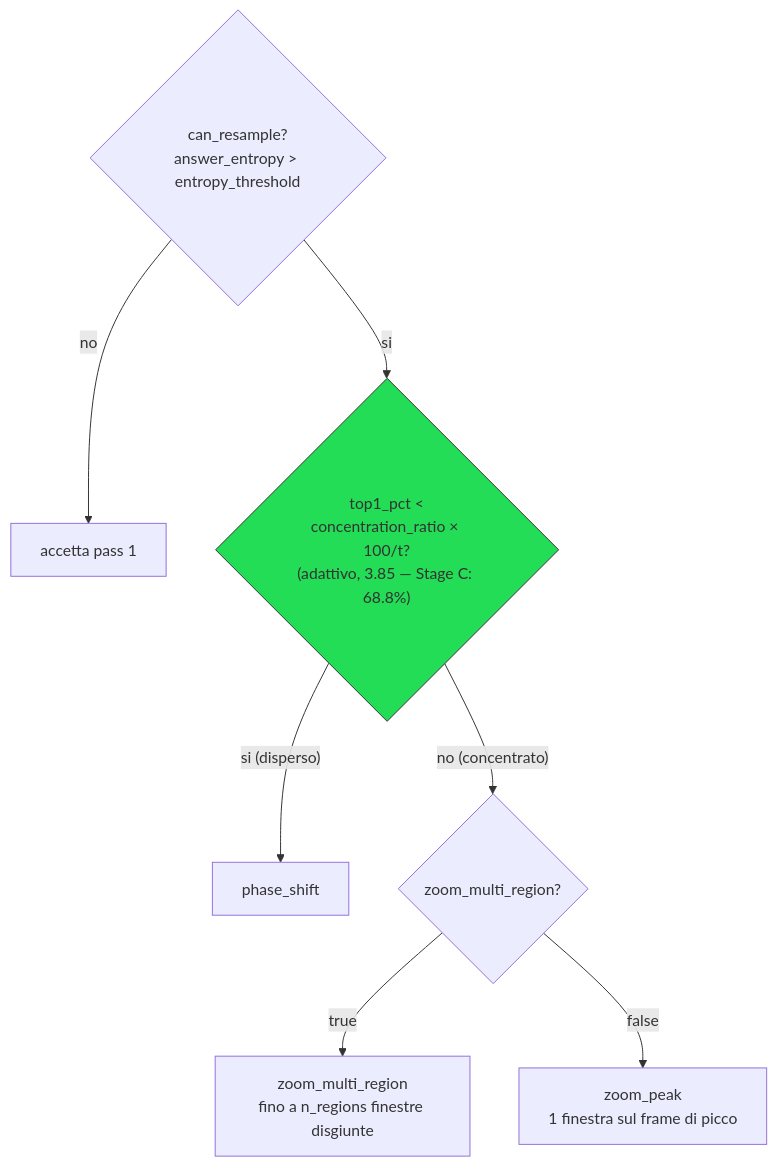
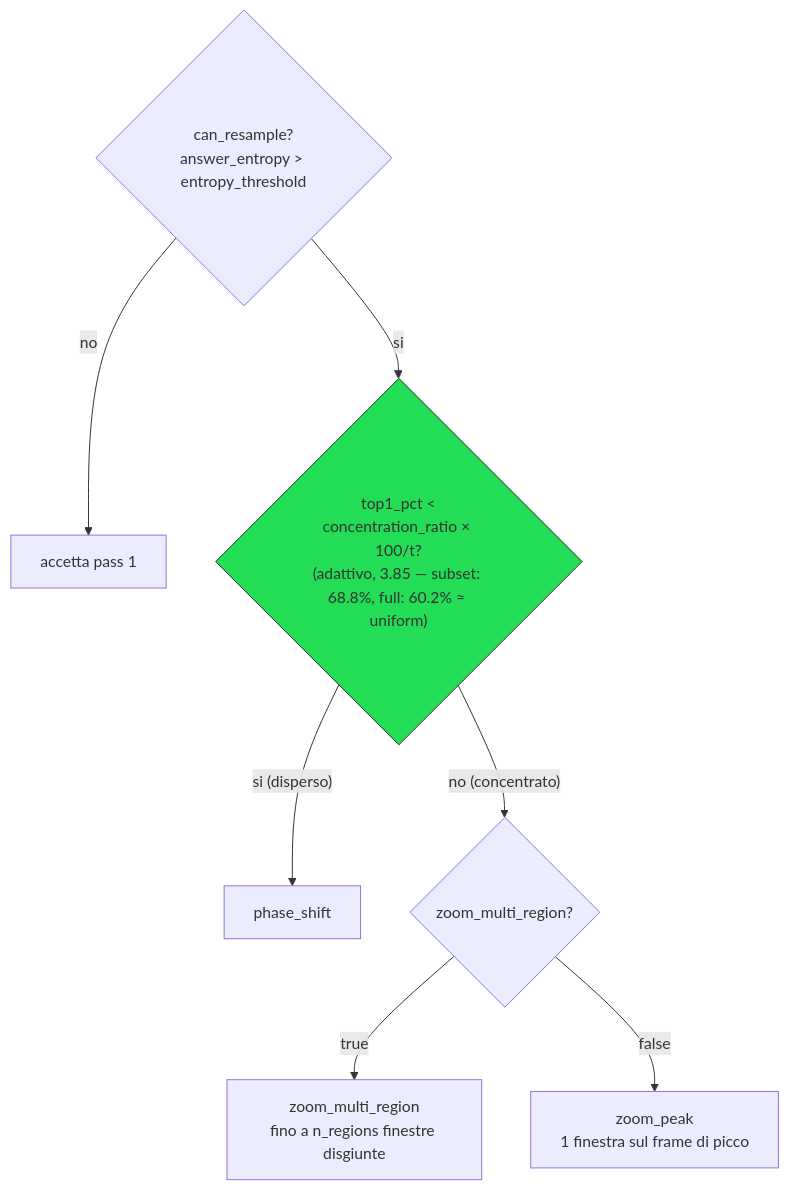
Before and after one commit to nyrfinyr/VideoLLM: the third of 3 diagrams in docs/sintesi_segnali_router_concentrazione.md, drawn with Mermaid. The commit also changed other lines of this file and 7 other files, not shown here.

````diff
--- a/docs/sintesi_segnali_router_concentrazione.md
+++ b/docs/sintesi_segnali_router_concentrazione.md
@@ -263,12 +263,12 @@
 ```mermaid
 flowchart TD
     G{"can_resample?<br/>answer_entropy > entropy_threshold"} -- no --> ACC["accetta pass 1"]
-    G -- si --> C2{"top1_pct <<br/>concentration_ratio × 100/t?<br/>(adattivo, 3.85 — Stage C: 68.8%)"}
+    G -- si --> C2{"top1_pct <<br/>concentration_ratio × 100/t?<br/>(adattivo, 3.85 — subset: 68.8%, full: 60.2% ≈ uniform)"}
 
     C2 -- "si (disperso)" --> PS["phase_shift"]
     C2 -- "no (concentrato)" --> ZOOM{"zoom_multi_region?"}
     ZOOM -- true --> ZMR["zoom_multi_region<br/>fino a n_regions finestre disgiunte"]
     ZOOM -- false --> ZP["zoom_peak<br/>1 finestra sul frame di picco"]
 
     style C2 fill:#2d5,stroke:#333
 ```
````
